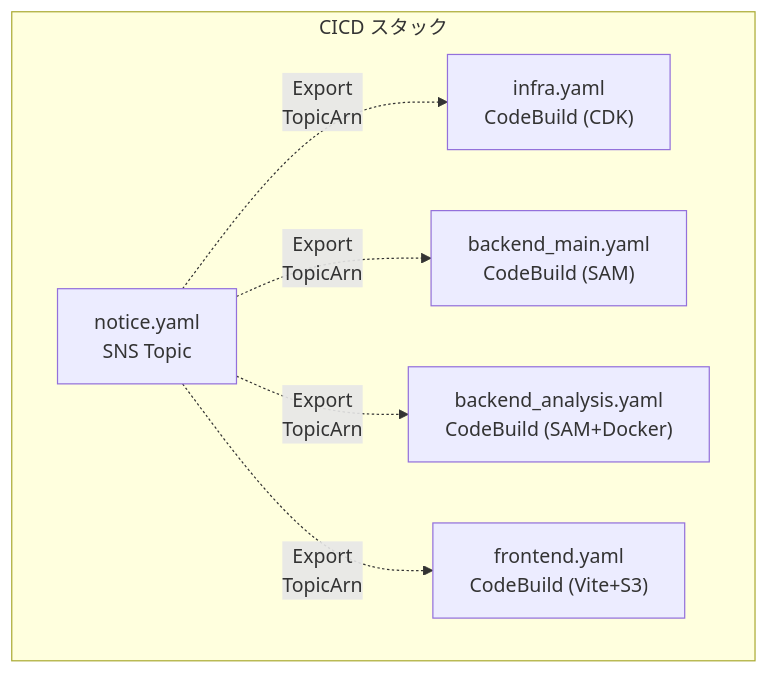
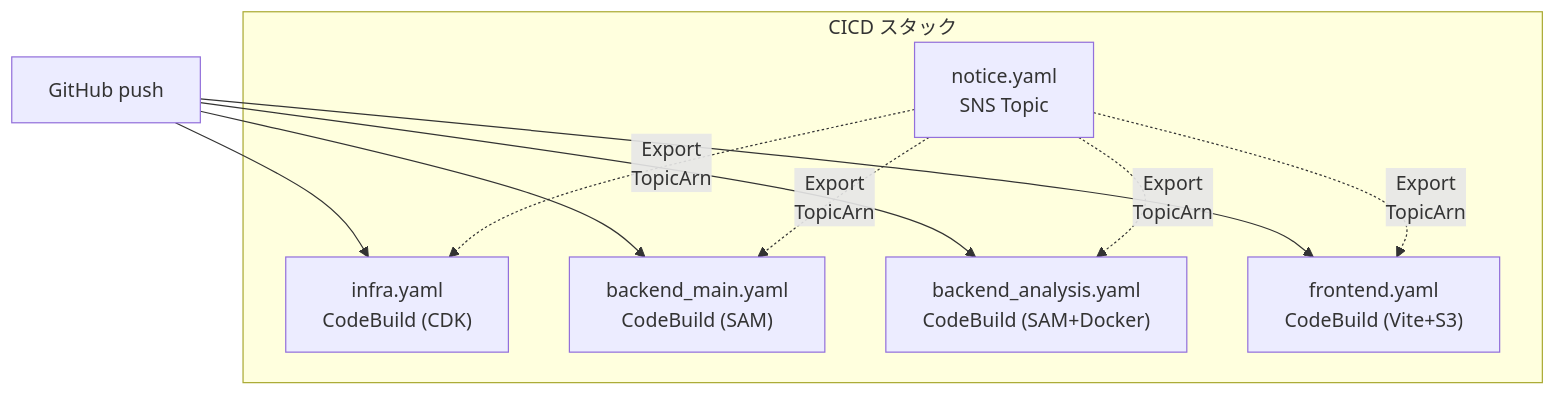
Before and after one commit to h-akira/ShogiProject2_CICD: the first of 2 diagrams in README.md, drawn with Mermaid. The commit also changed other lines of this file and 8 other files, not shown here.

````diff
--- a/README.md
+++ b/README.md
@@ -18,15 +22,20 @@
 ```mermaid
 flowchart TB
     subgraph "CICD スタック"
         notice["notice.yaml<br/>SNS Topic"]
         infra["infra.yaml<br/>CodeBuild (CDK)"]
         backend_main["backend_main.yaml<br/>CodeBuild (SAM)"]
         backend_analysis["backend_analysis.yaml<br/>CodeBuild (SAM+Docker)"]
         frontend["frontend.yaml<br/>CodeBuild (Vite+S3)"]
     end
 
+    gh_push["GitHub push"] --> infra
+    gh_push --> backend_main
+    gh_push --> backend_analysis
+    gh_push --> frontend
+
     notice -.->|Export<br/>TopicArn| infra
     notice -.->|Export<br/>TopicArn| backend_main
     notice -.->|Export<br/>TopicArn| backend_analysis
     notice -.->|Export<br/>TopicArn| frontend
 ```
````
